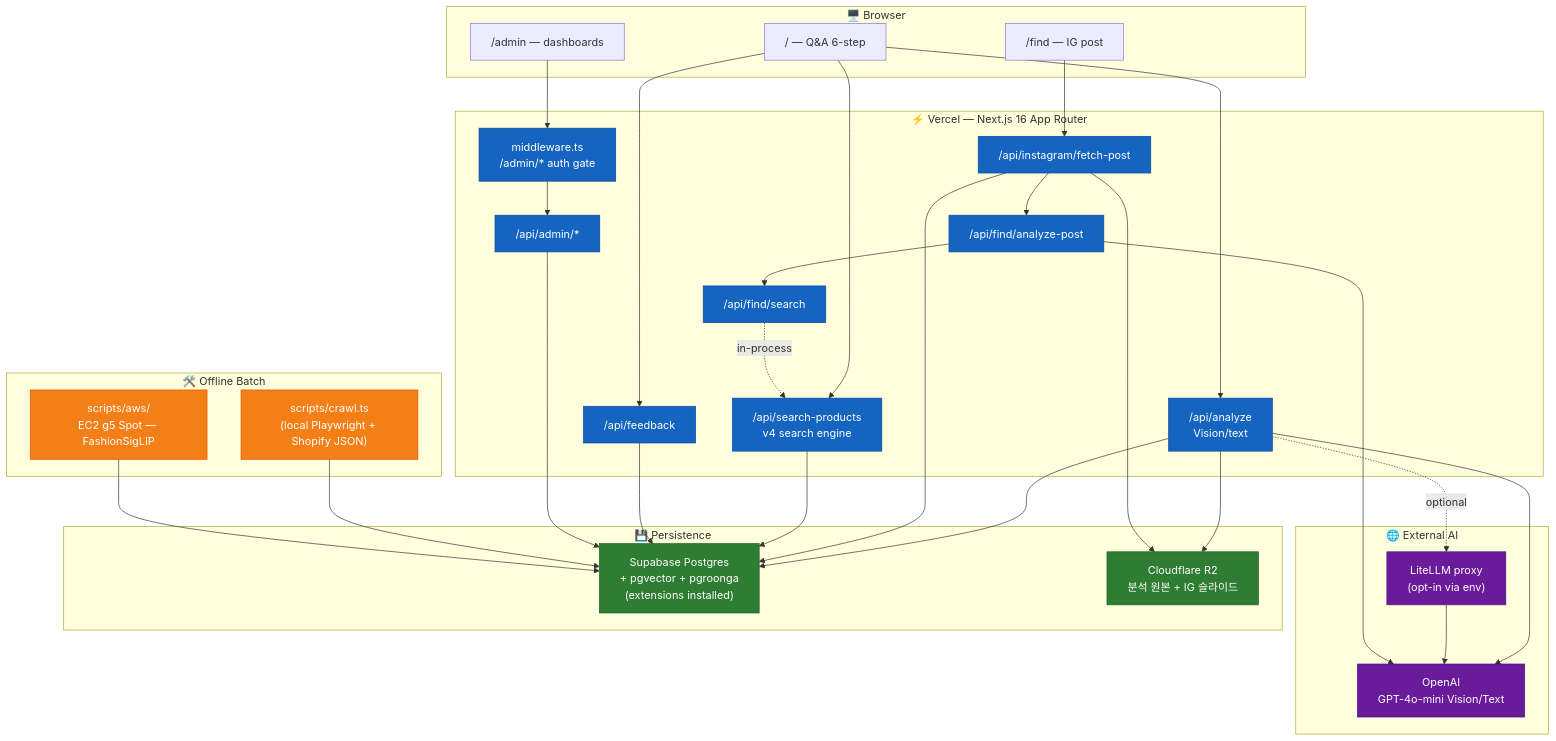
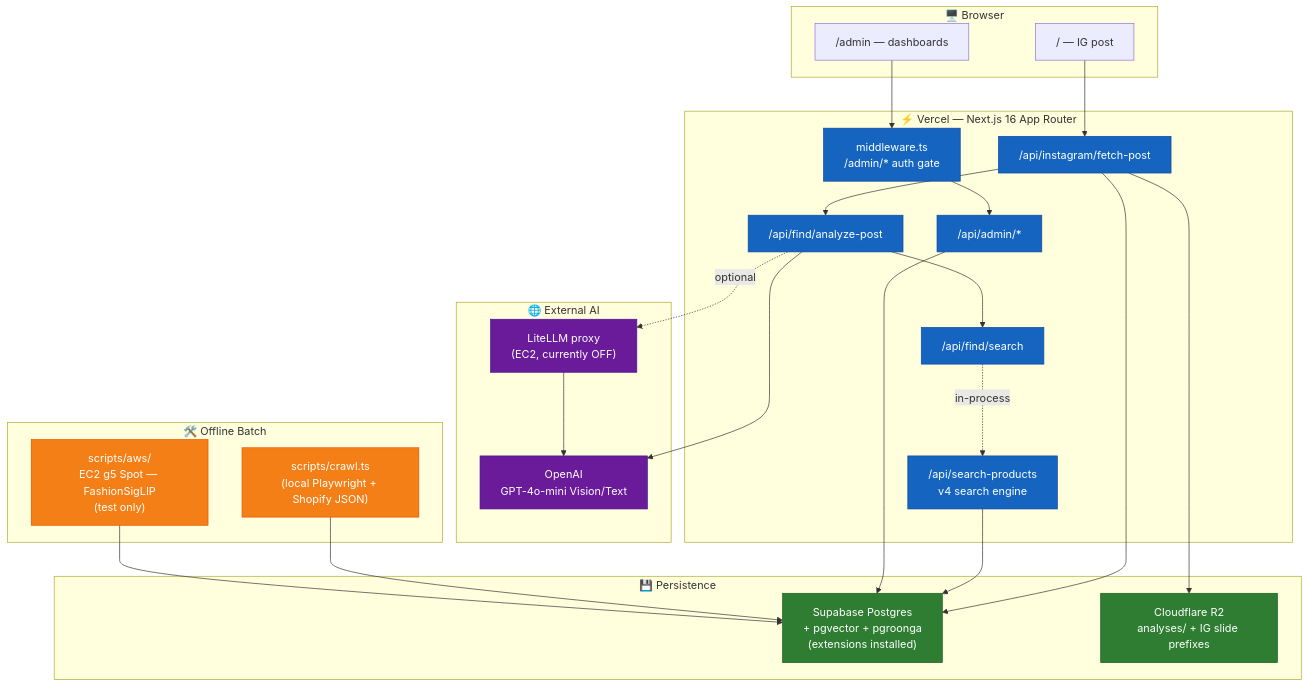
Before and after one commit to endurance-ai/portal.ai: the first of 2 diagrams in docs/ARCHITECTURE.md, drawn with Mermaid. The commit also changed other lines of this file and 21 other files, not shown here.

````diff
--- a/docs/ARCHITECTURE.md
+++ b/docs/ARCHITECTURE.md
@@ -34,66 +32,58 @@
 ```mermaid
 graph TB
     subgraph Browser["🖥️ Browser"]
-        U1["/ — Q&A 6-step"]
-        U2["/find — IG post"]
-        U3["/admin — dashboards"]
+        U1["/ — IG post"]
+        U2["/admin — dashboards"]
     end
 
     subgraph Vercel["⚡ Vercel — Next.js 16 App Router"]
         MW["middleware.ts<br/>/admin/* auth gate"]
-        API_AN["/api/analyze<br/>Vision/text"]
-        API_SEARCH["/api/search-products<br/>v4 search engine"]
-        API_FB["/api/feedback"]
         API_IG["/api/instagram/fetch-post"]
         API_FIND_AN["/api/find/analyze-post"]
         API_FIND_S["/api/find/search"]
+        API_SEARCH["/api/search-products<br/>v4 search engine"]
         API_ADMIN["/api/admin/*"]
     end
 
     subgraph External["🌐 External AI"]
         OAI["OpenAI<br/>GPT-4o-mini Vision/Text"]
-        LITELLM["LiteLLM proxy<br/>(opt-in via env)"]
+        LITELLM["LiteLLM proxy<br/>(EC2, currently OFF)"]
     end
 
     subgraph Data["💾 Persistence"]
         SB["Supabase Postgres<br/>+ pgvector + pgroonga<br/>(extensions installed)"]
-        R2["Cloudflare R2<br/>분석 원본 + IG 슬라이드"]
+        R2["Cloudflare R2<br/>analyses/ + IG slide prefixes"]
     end
 
     subgraph Batch["🛠️ Offline Batch"]
         CRAWL["scripts/crawl.ts<br/>(local Playwright + Shopify JSON)"]
-        EMBED["scripts/aws/<br/>EC2 g5 Spot — FashionSigLIP"]
+        EMBED["scripts/aws/<br/>EC2 g5 Spot — FashionSigLIP<br/>(test only)"]
     end
 
-    U1 --> API_AN
-    U1 --> API_SEARCH
-    U1 --> API_FB
-    U2 --> API_IG --> API_FIND_AN --> API_FIND_S
+    U1 --> API_IG
+    API_IG --> API_FIND_AN
+    API_FIND_AN --> API_FIND_S
     API_FIND_S -. in-process .-> API_SEARCH
-    U3 --> MW --> API_ADMIN
+    U2 --> MW --> API_ADMIN
 
-    API_AN --> OAI
-    API_AN -.optional.-> LITELLM --> OAI
     API_FIND_AN --> OAI
+    API_FIND_AN -.optional.-> LITELLM --> OAI
 
-    API_AN --> SB
-    API_AN --> R2
     API_IG --> R2
     API_IG --> SB
     API_SEARCH --> SB
-    API_FB --> SB
     API_ADMIN --> SB
 
     CRAWL --> SB
     EMBED --> SB
 
     classDef vercel fill:#1565c0,stroke:#0d47a1,color:#fff
     classDef ext fill:#6a1b9a,stroke:#4a148c,color:#fff
     classDef data fill:#2e7d32,stroke:#1b5e20,color:#fff
     classDef batch fill:#f57f17,stroke:#e65100,color:#fff
 
-    class MW,API_AN,API_SEARCH,API_FB,API_IG,API_FIND_AN,API_FIND_S,API_ADMIN vercel
+    class MW,API_SEARCH,API_IG,API_FIND_AN,API_FIND_S,API_ADMIN vercel
     class OAI,LITELLM ext
     class SB,R2 data
     class CRAWL,EMBED batch
 ```
````
